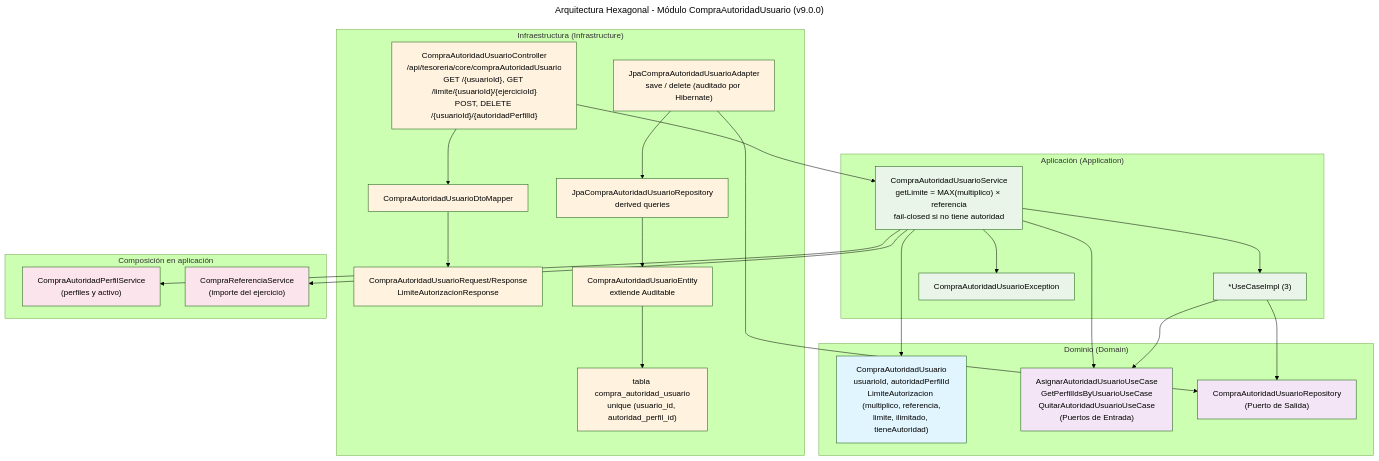
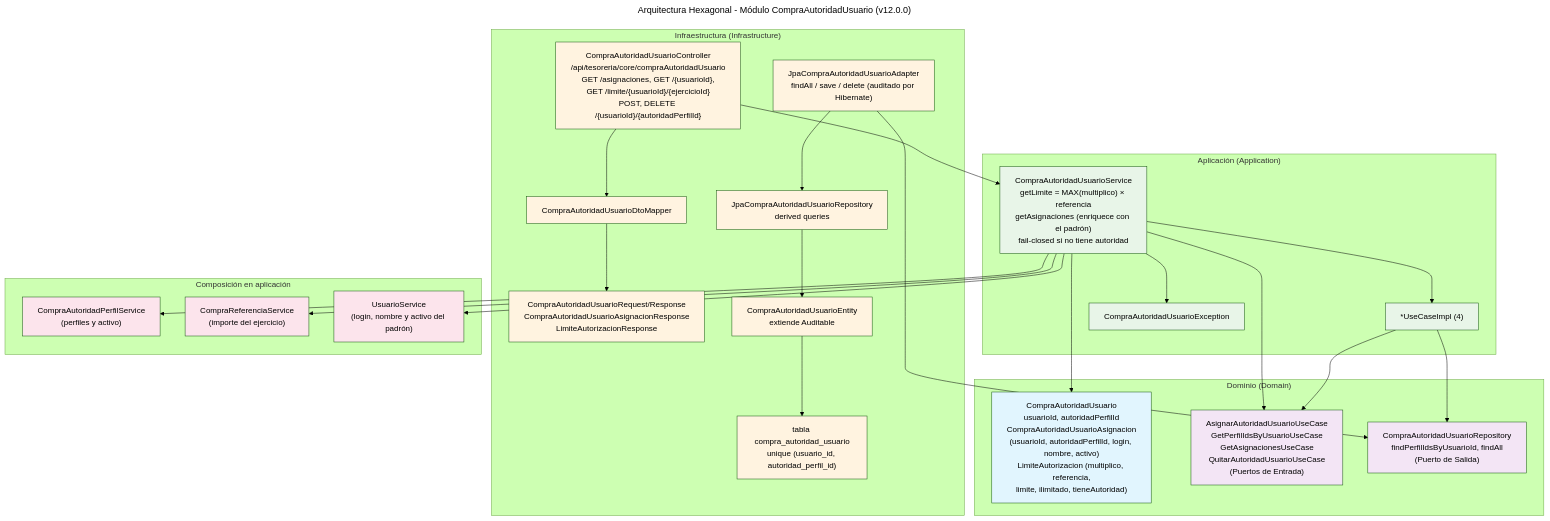
The diagram in docs/hexagonal-compraAutoridadUsuario.mmd (UM-services/UM.tesoreria.core-service), drawn with Mermaid (forest theme) before and after one commit. The commit also changed 11 other files, not shown here.

```diff
--- a/docs/hexagonal-compraAutoridadUsuario.mmd
+++ b/docs/hexagonal-compraAutoridadUsuario.mmd
@@ -1,62 +1,65 @@
 ---
-title: Arquitectura Hexagonal - Módulo CompraAutoridadUsuario (v9.0.0)
+title: Arquitectura Hexagonal - Módulo CompraAutoridadUsuario (v12.0.0)
 ---
 flowchart TD
     subgraph Dominio ["Dominio (Domain)"]
-        M["CompraAutoridadUsuario<br/>usuarioId, autoridadPerfilId<br/>LimiteAutorizacion (multiplico, referencia,<br/>limite, ilimitado, tieneAutoridad)"]
-        IN["AsignarAutoridadUsuarioUseCase<br/>GetPerfilIdsByUsuarioUseCase<br/>QuitarAutoridadUsuarioUseCase<br/>(Puertos de Entrada)"]
-        OUT["CompraAutoridadUsuarioRepository<br/>(Puerto de Salida)"]
+        M["CompraAutoridadUsuario<br/>usuarioId, autoridadPerfilId<br/>CompraAutoridadUsuarioAsignacion<br/>(usuarioId, autoridadPerfilId, login, nombre, activo)<br/>LimiteAutorizacion (multiplico, referencia,<br/>limite, ilimitado, tieneAutoridad)"]
+        IN["AsignarAutoridadUsuarioUseCase<br/>GetPerfilIdsByUsuarioUseCase<br/>GetAsignacionesUseCase<br/>QuitarAutoridadUsuarioUseCase<br/>(Puertos de Entrada)"]
+        OUT["CompraAutoridadUsuarioRepository<br/>findPerfilIdsByUsuarioId, findAll<br/>(Puerto de Salida)"]
     end
 
     subgraph Aplicacion ["Aplicación (Application)"]
-        Svc["CompraAutoridadUsuarioService<br/>getLimite = MAX(multiplico) × referencia<br/>fail-closed si no tiene autoridad"]
-        UCs["*UseCaseImpl (3)"]
+        Svc["CompraAutoridadUsuarioService<br/>getLimite = MAX(multiplico) × referencia<br/>getAsignaciones (enriquece con el padrón)<br/>fail-closed si no tiene autoridad"]
+        UCs["*UseCaseImpl (4)"]
         Exc["CompraAutoridadUsuarioException"]
     end
 
     subgraph Infraestructura ["Infraestructura (Infrastructure)"]
-        Ctrl["CompraAutoridadUsuarioController<br/>/api/tesoreria/core/compraAutoridadUsuario<br/>GET /{usuarioId}, GET /limite/{usuarioId}/{ejercicioId}<br/>POST, DELETE /{usuarioId}/{autoridadPerfilId}"]
-        DTO["CompraAutoridadUsuarioRequest/Response<br/>LimiteAutorizacionResponse"]
+        Ctrl["CompraAutoridadUsuarioController<br/>/api/tesoreria/core/compraAutoridadUsuario<br/>GET /asignaciones, GET /{usuarioId},<br/>GET /limite/{usuarioId}/{ejercicioId}<br/>POST, DELETE /{usuarioId}/{autoridadPerfilId}"]
+        DTO["CompraAutoridadUsuarioRequest/Response<br/>CompraAutoridadUsuarioAsignacionResponse<br/>LimiteAutorizacionResponse"]
         Map["CompraAutoridadUsuarioDtoMapper"]
-        Adp["JpaCompraAutoridadUsuarioAdapter<br/>save / delete (auditado por Hibernate)"]
+        Adp["JpaCompraAutoridadUsuarioAdapter<br/>findAll / save / delete (auditado por Hibernate)"]
         Repo["JpaCompraAutoridadUsuarioRepository<br/>derived queries"]
         Ent["CompraAutoridadUsuarioEntity<br/>extiende Auditable"]
         Tabla["tabla compra_autoridad_usuario<br/>unique (usuario_id, autoridad_perfil_id)"]
     end
 
     subgraph CrossSlice ["Composición en aplicación"]
         Per["CompraAutoridadPerfilService<br/>(perfiles y activo)"]
         Ref["CompraReferenciaService<br/>(importe del ejercicio)"]
+        Usu["UsuarioService<br/>(login, nombre y activo del padrón)"]
     end
 
     Ctrl --> Svc
     Ctrl --> Map
     Map --> DTO
     Svc --> IN
     Svc --> UCs
     Svc --> Exc
     Svc --> Per
     Svc --> Ref
+    Svc --> Usu
     UCs --> IN
     UCs --> OUT
     Adp --> OUT
     Adp --> Repo
     Repo --> Ent
     Ent --> Tabla
     Svc --> M
 
     style M fill:#e1f5fe
     style IN fill:#f3e5f5
     style OUT fill:#f3e5f5
     style Svc fill:#e8f5e8
     style UCs fill:#e8f5e8
     style Exc fill:#e8f5e8
     style Ctrl fill:#fff3e0
     style DTO fill:#fff3e0
     style Map fill:#fff3e0
     style Adp fill:#fff3e0
     style Repo fill:#fff3e0
     style Ent fill:#fff3e0
     style Tabla fill:#fff3e0
     style Per fill:#fce4ec
     style Ref fill:#fce4ec
+    style Usu fill:#fce4ec
```
